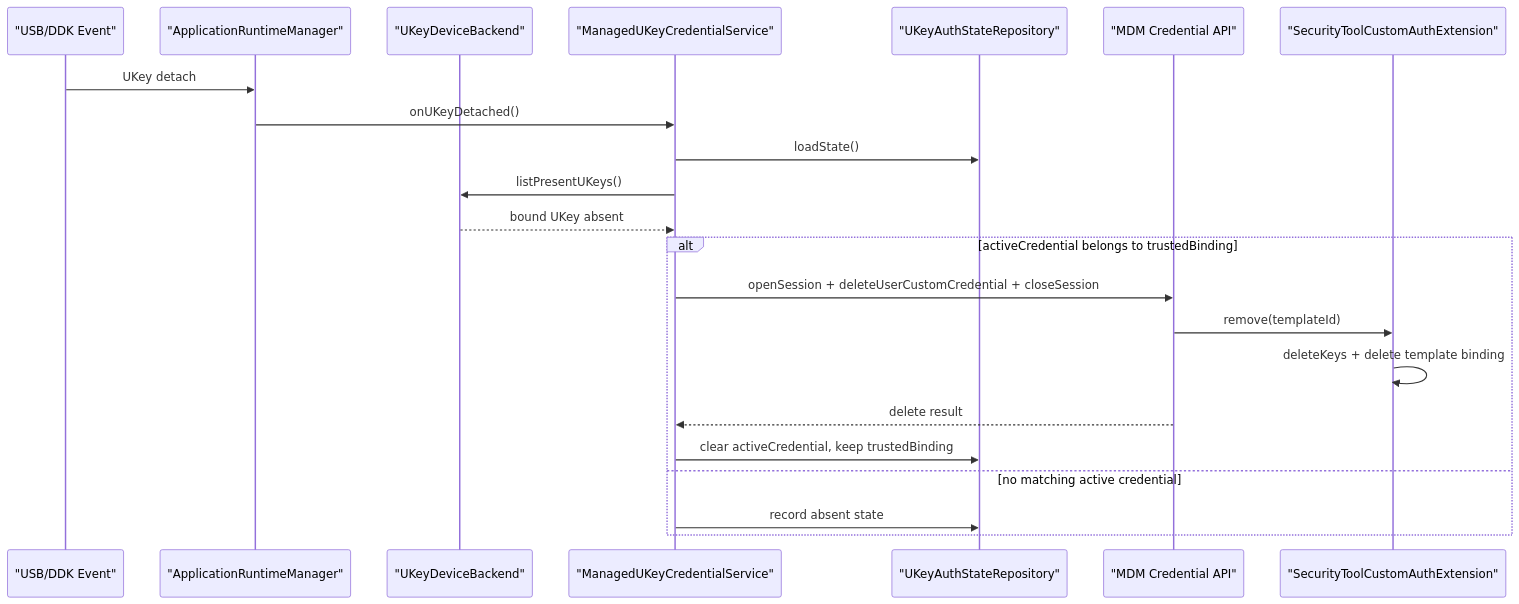
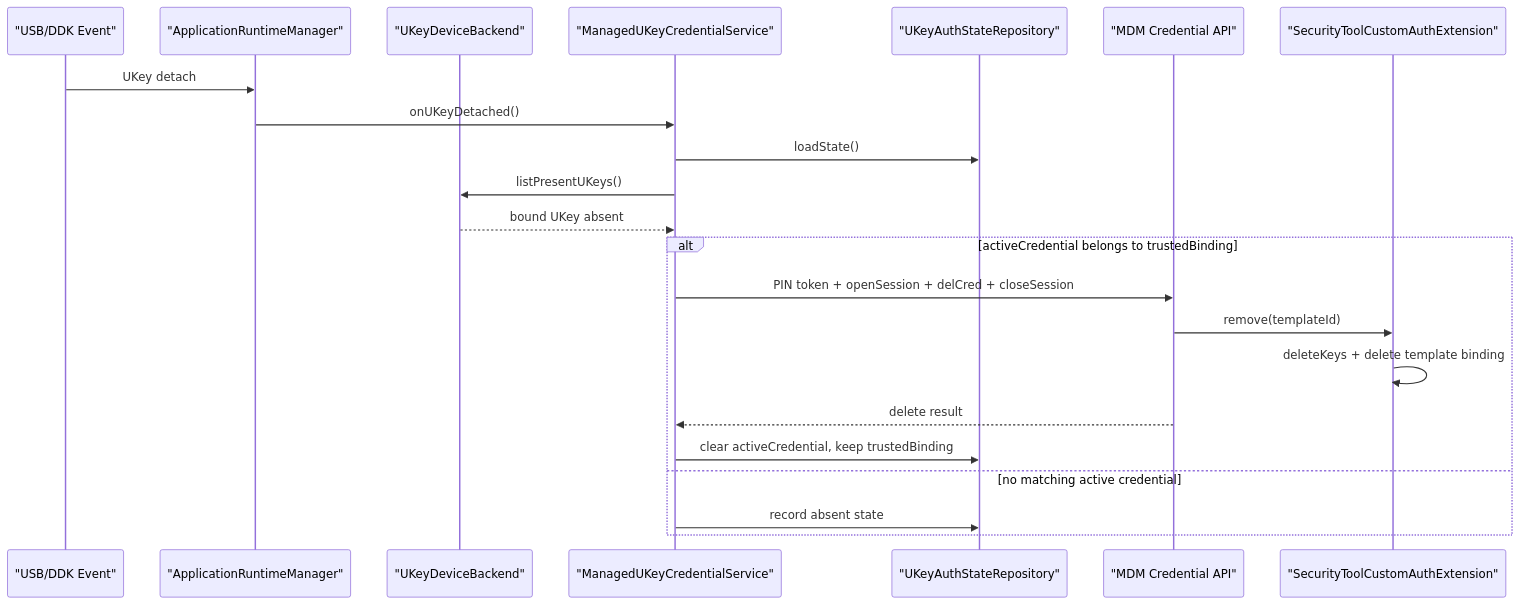
Before and after one commit to Deslord319/security_tool: the second of 2 diagrams in docs/03-模块设计/UKey管理与认证器接入设计说明.md, drawn with Mermaid. The commit also changed other lines of this file and 3 other files, not shown here.

````diff
--- a/docs/03-模块设计/UKey管理与认证器接入设计说明.md
+++ b/docs/03-模块设计/UKey管理与认证器接入设计说明.md
@@ -128,25 +128,25 @@
 ```mermaid
 sequenceDiagram
   participant USB as "USB/DDK Event"
   participant Runtime as "ApplicationRuntimeManager"
   participant Backend as "UKeyDeviceBackend"
   participant Service as "ManagedUKeyCredentialService"
   participant Repo as "UKeyAuthStateRepository"
   participant IDM as "MDM Credential API"
   participant CA as "SecurityToolCustomAuthExtension"
 
   USB->>Runtime: UKey detach
   Runtime->>Service: onUKeyDetached()
   Service->>Repo: loadState()
   Service->>Backend: listPresentUKeys()
   Backend-->>Service: bound UKey absent
   alt activeCredential belongs to trustedBinding
-    Service->>IDM: openSession + deleteUserCustomCredential + closeSession
+    Service->>IDM: PIN token + openSession + delCred + closeSession
     IDM->>CA: remove(templateId)
     CA->>CA: deleteKeys + delete template binding
     IDM-->>Service: delete result
     Service->>Repo: clear activeCredential, keep trustedBinding
   else no matching active credential
     Service->>Repo: record absent state
   end
 ```
````
